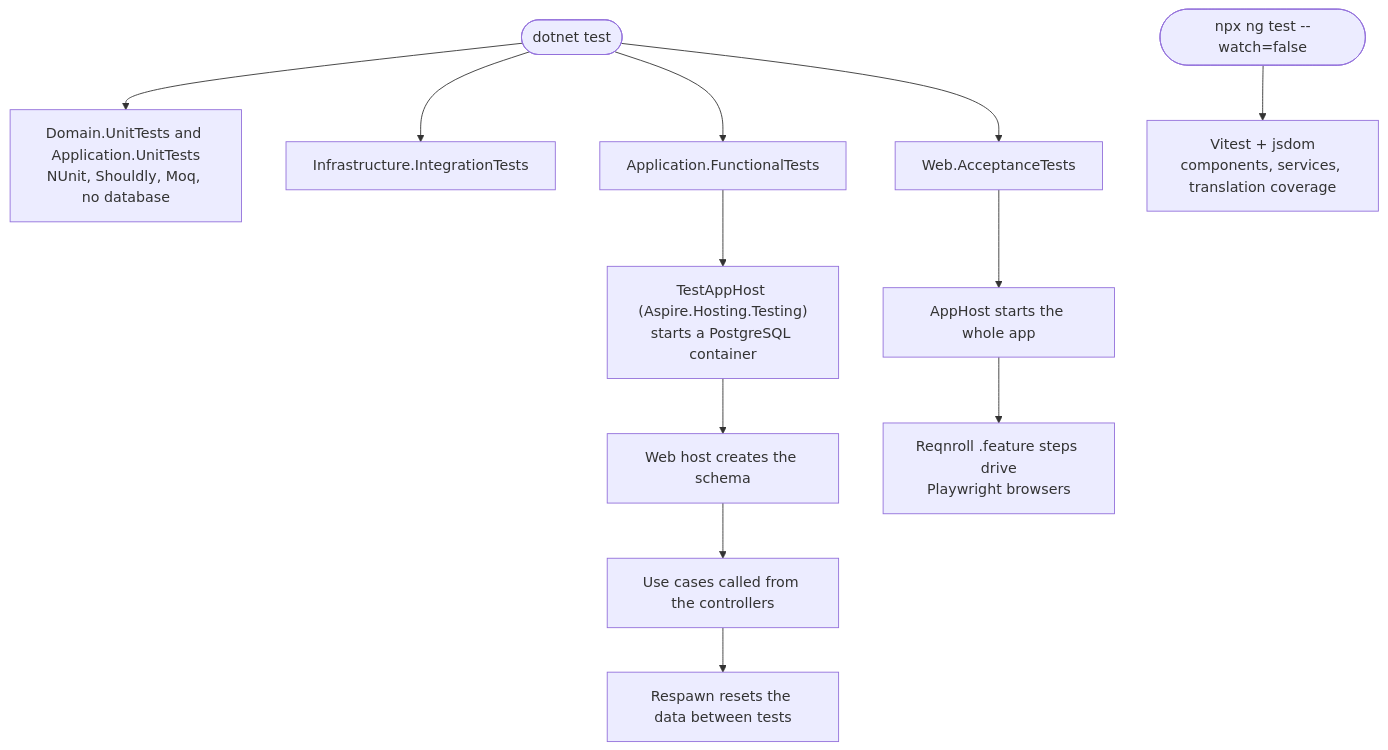
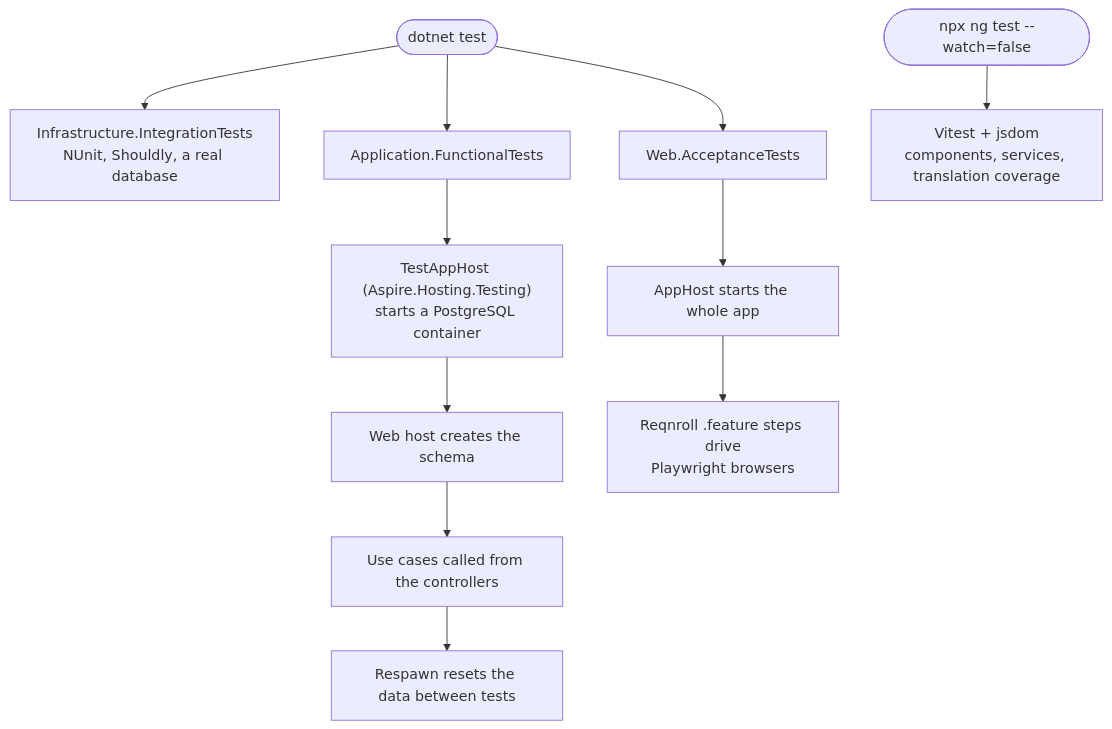
Diagram 20 of 22 in README.md (ahmedshahjr/Education-Portal), drawn with Mermaid before and after one commit. The commit also changed other lines of this file and 111 other files, not shown here.

First line of the commit message:
Remove unit tests; require integration tests

````diff
--- a/README.md
+++ b/README.md
@@ -873,14 +871,13 @@
 ```mermaid
 flowchart TB
-    run(["dotnet test"]) --> unit["Domain.UnitTests and Application.UnitTests<br/>NUnit, Shouldly, Moq, no database"]
-    run --> integ["Infrastructure.IntegrationTests"]
+    run(["dotnet test"]) --> integ["Infrastructure.IntegrationTests<br/>NUnit, Shouldly, a real database"]
     run --> func["Application.FunctionalTests"]
     func --> tah["TestAppHost (Aspire.Hosting.Testing)<br/>starts a PostgreSQL container"]
     tah --> web["Web host creates the schema"]
     web --> cases["Use cases called from the controllers"]
     cases --> respawn["Respawn resets the data between tests"]
     run --> acc["Web.AcceptanceTests"]
     acc --> ah["AppHost starts the whole app"]
     ah --> pw["Reqnroll .feature steps drive<br/>Playwright browsers"]
     ng(["npx ng test --watch=false"]) --> vitest["Vitest + jsdom<br/>components, services, translation coverage"]
 ```
````
